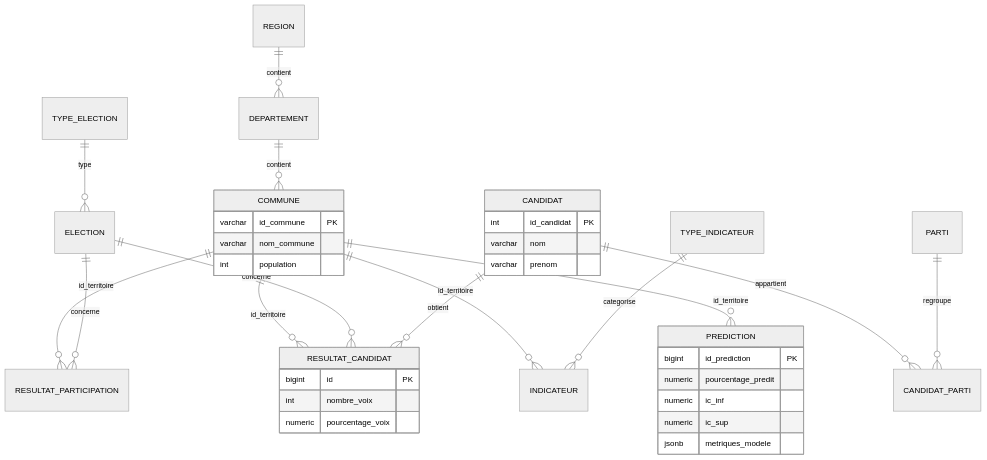
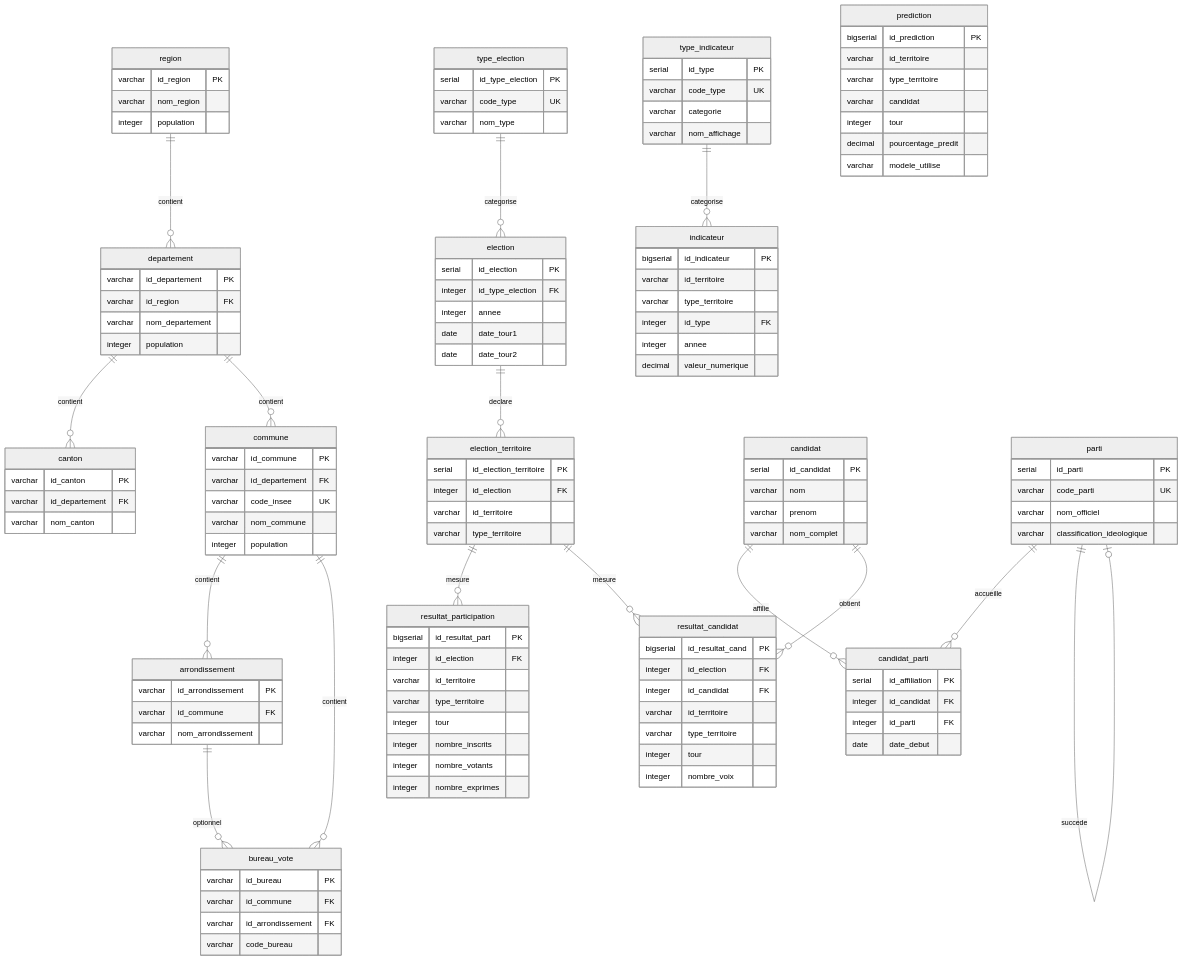
Before and after one commit to Sam-rst/EPSI_M1_MSPR-Groupe_RYMS: the diagram in docs/06-dossier-projet/B2-Entrepot-Referentiels.md, drawn with Mermaid (neutral theme). The commit also changed other lines of this file, not shown here.

Commit message:
docs(Rapport): Change le diagramme relationnel avec le MLD

````diff
--- a/docs/06-dossier-projet/B2-Entrepot-Referentiels.md
+++ b/docs/06-dossier-projet/B2-Entrepot-Referentiels.md
@@ -22,40 +24,150 @@
 ```mermaid
 erDiagram
-    REGION ||--o{ DEPARTEMENT : contient
-    DEPARTEMENT ||--o{ COMMUNE : contient
-    COMMUNE ||--o{ RESULTAT_PARTICIPATION : "id_territoire"
-    COMMUNE ||--o{ RESULTAT_CANDIDAT : "id_territoire"
-    COMMUNE ||--o{ INDICATEUR : "id_territoire"
-    COMMUNE ||--o{ PREDICTION : "id_territoire"
+    region ||--o{ departement : "contient"
+    departement ||--o{ canton : "contient"
+    departement ||--o{ commune : "contient"
+    commune ||--o{ arrondissement : "contient"
+    commune ||--o{ bureau_vote : "contient"
+    arrondissement ||--o{ bureau_vote : "optionnel"
 
-    ELECTION ||--o{ RESULTAT_PARTICIPATION : concerne
-    ELECTION ||--o{ RESULTAT_CANDIDAT : concerne
-    CANDIDAT ||--o{ RESULTAT_CANDIDAT : obtient
-    CANDIDAT ||--o{ CANDIDAT_PARTI : appartient
-    PARTI ||--o{ CANDIDAT_PARTI : regroupe
-    TYPE_INDICATEUR ||--o{ INDICATEUR : categorise
-    TYPE_ELECTION ||--o{ ELECTION : type
+    type_election ||--o{ election : "categorise"
+    election ||--o{ election_territoire : "declare"
+    election_territoire ||--o{ resultat_participation : "mesure"
+    election_territoire ||--o{ resultat_candidat : "mesure"
 
-    COMMUNE {
+    candidat ||--o{ candidat_parti : "affilie"
+    parti ||--o{ candidat_parti : "accueille"
+    candidat ||--o{ resultat_candidat : "obtient"
+    parti ||--o| parti : "succede"
+
+    type_indicateur ||--o{ indicateur : "categorise"
+
+    region {
+        varchar id_region PK
+        varchar nom_region
+        integer population
+    }
+
+    departement {
+        varchar id_departement PK
+        varchar id_region FK
+        varchar nom_departement
+        integer population
+    }
+
+    commune {
         varchar id_commune PK
+        varchar id_departement FK
+        varchar code_insee UK
         varchar nom_commune
-        int population
+        integer population
     }
-    CANDIDAT {
-        int id_candidat PK
+
+    canton {
+        varchar id_canton PK
+        varchar id_departement FK
+        varchar nom_canton
+    }
+
+    arrondissement {
+        varchar id_arrondissement PK
+        varchar id_commune FK
+        varchar nom_arrondissement
+    }
+
+    bureau_vote {
+        varchar id_bureau PK
+        varchar id_commune FK
+        varchar id_arrondissement FK
+        varchar code_bureau
+    }
+
+    type_election {
+        serial id_type_election PK
+        varchar code_type UK
+        varchar nom_type
+    }
+
+    election {
+        serial id_election PK
+        integer id_type_election FK
+        integer annee
+        date date_tour1
+        date date_tour2
+    }
+
+    election_territoire {
+        serial id_election_territoire PK
+        integer id_election FK
+        varchar id_territoire
+        varchar type_territoire
+    }
+
+    resultat_participation {
+        bigserial id_resultat_part PK
+        integer id_election FK
+        varchar id_territoire
+        varchar type_territoire
+        integer tour
+        integer nombre_inscrits
+        integer nombre_votants
+        integer nombre_exprimes
+    }
+
+    resultat_candidat {
+        bigserial id_resultat_cand PK
+        integer id_election FK
+        integer id_candidat FK
+        varchar id_territoire
+        varchar type_territoire
+        integer tour
+        integer nombre_voix
+    }
+
+    candidat {
+        serial id_candidat PK
         varchar nom
         varchar prenom
+        varchar nom_complet
     }
-    PREDICTION {
-        bigint id_prediction PK
-        numeric pourcentage_predit
-        numeric ic_inf
-        numeric ic_sup
-        jsonb metriques_modele
+
+    parti {
+        serial id_parti PK
+        varchar code_parti UK
+        varchar nom_officiel
+        varchar classification_ideologique
     }
-    RESULTAT_CANDIDAT {
-        bigint id PK
-        int nombre_voix
-        numeric pourcentage_voix
+
+    candidat_parti {
+        serial id_affiliation PK
+        integer id_candidat FK
+        integer id_parti FK
+        date date_debut
+    }
+
+    type_indicateur {
+        serial id_type PK
+        varchar code_type UK
+        varchar categorie
+        varchar nom_affichage
+    }
+
+    indicateur {
+        bigserial id_indicateur PK
+        varchar id_territoire
+        varchar type_territoire
+        integer id_type FK
+        integer annee
+        decimal valeur_numerique
+    }
+
+    prediction {
+        bigserial id_prediction PK
+        varchar id_territoire
+        varchar type_territoire
+        varchar candidat
+        integer tour
+        decimal pourcentage_predit
+        varchar modele_utilise
     }
 ```
````
